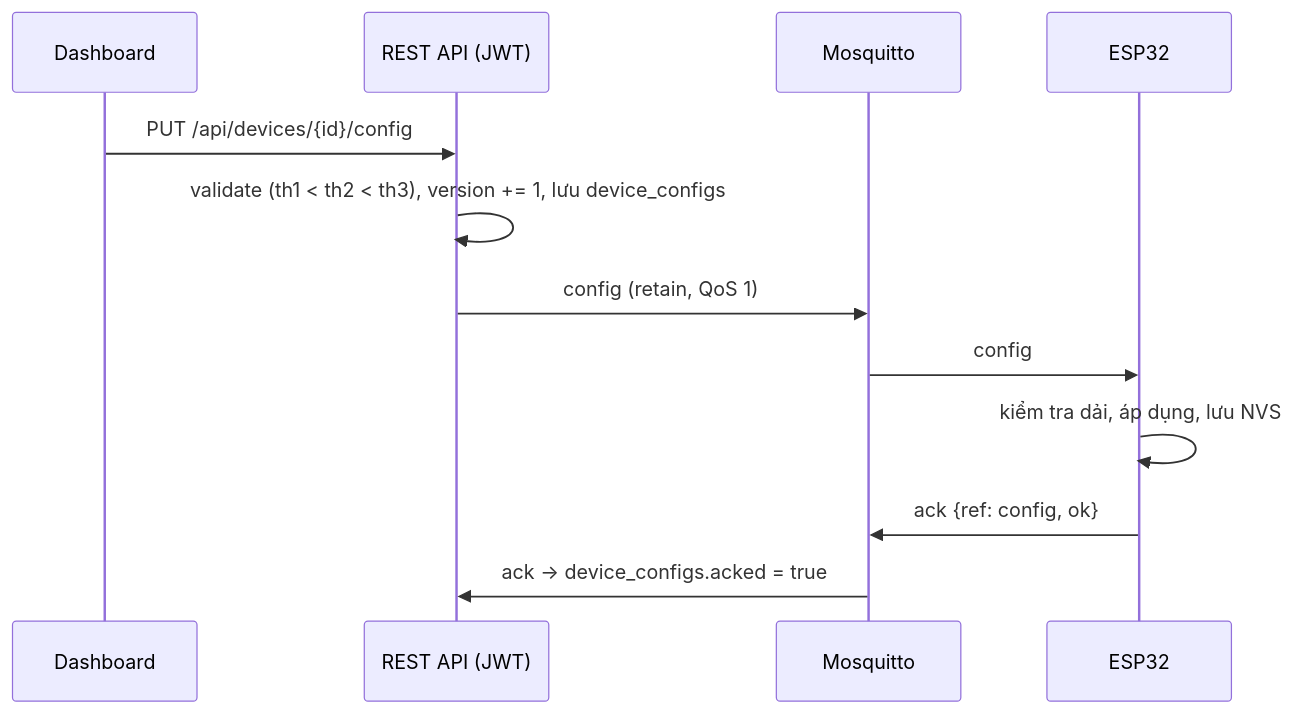
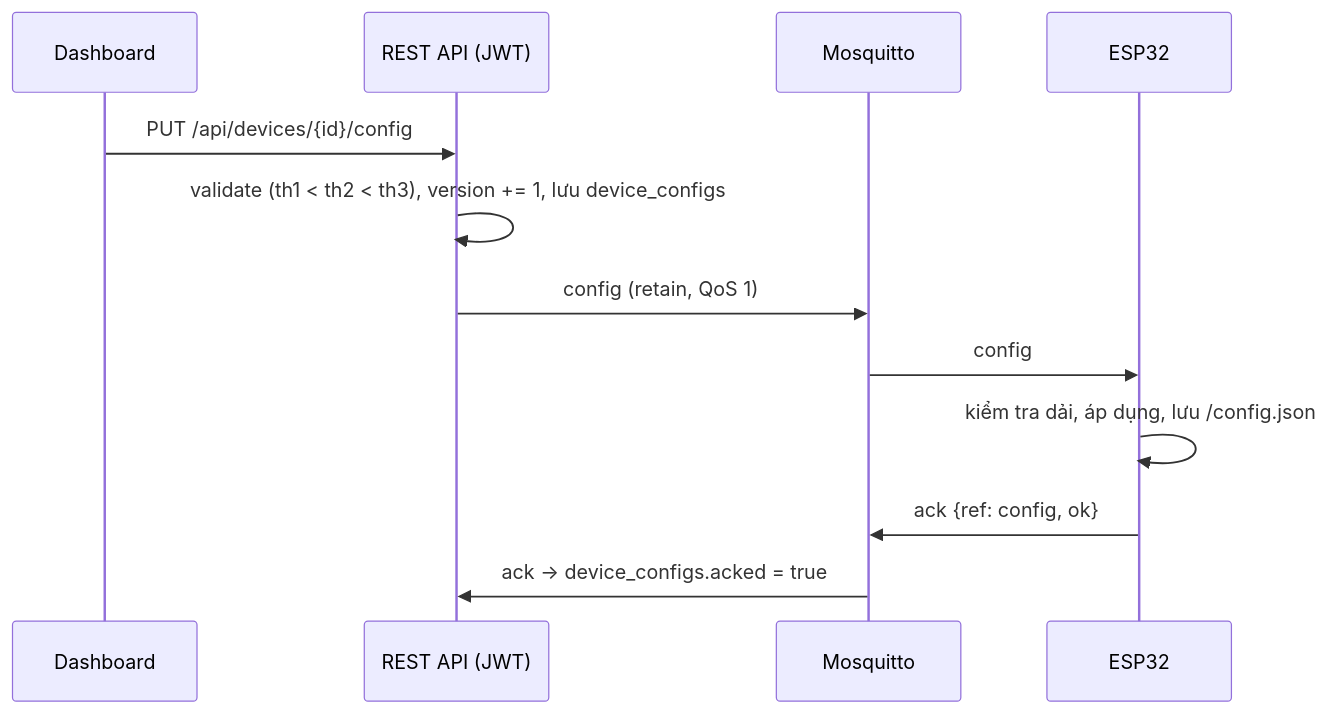
One commit to danhle396/pythonnhung changed the third of 3 diagrams in docs/architecture/sequences.md. Above: the diagram before and after it, drawn with Mermaid. The commit also changed other lines of this file and 110 other files, not shown here.

````diff
--- a/docs/architecture/sequences.md
+++ b/docs/architecture/sequences.md
@@ -82,14 +82,14 @@
 ```mermaid
 sequenceDiagram
     participant D as Dashboard
     participant API as REST API (JWT)
     participant B as Mosquitto
     participant E as ESP32
     D->>API: PUT /api/devices/{id}/config
     API->>API: validate (th1 < th2 < th3), version += 1, lưu device_configs
     API->>B: config (retain, QoS 1)
     B->>E: config
-    E->>E: kiểm tra dải, áp dụng, lưu NVS
+    E->>E: kiểm tra dải, áp dụng, lưu /config.json
     E->>B: ack {ref: config, ok}
     B->>API: ack → device_configs.acked = true
 ```
````
